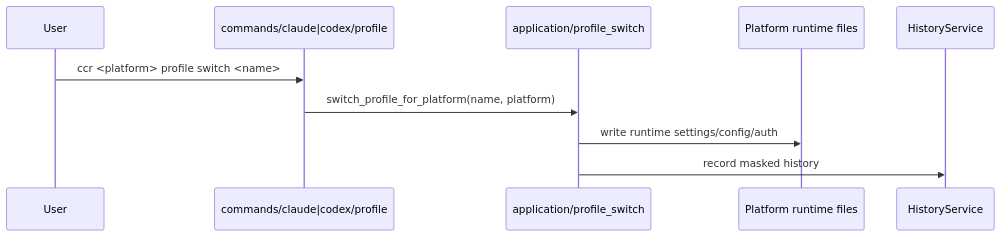
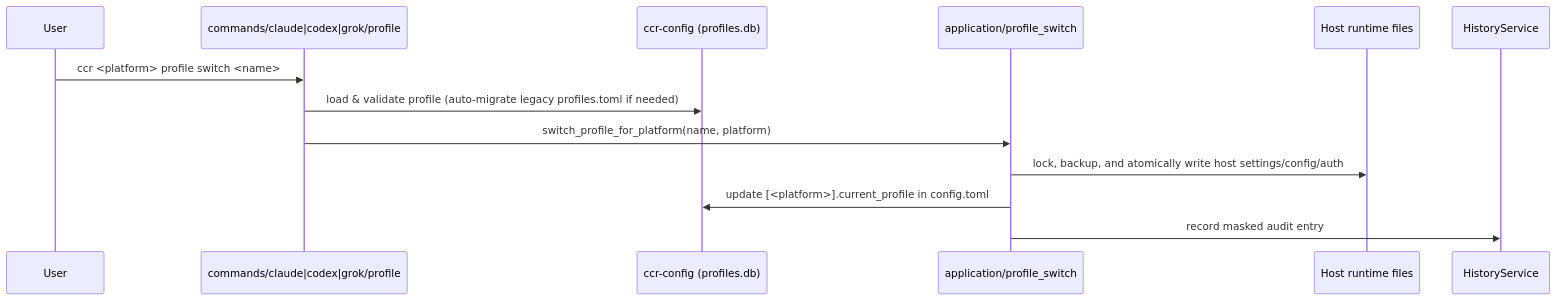
One commit to bahayonghang/ccr changed the diagram in docs/en/reference/internals/runtime-flows.md. Above: the diagram before and after it, drawn with Mermaid. The commit also changed other lines of this file and 144 other files, not shown here.

````diff
--- a/docs/en/reference/internals/runtime-flows.md
+++ b/docs/en/reference/internals/runtime-flows.md
@@ -13,13 +13,16 @@
 ```mermaid
 sequenceDiagram
   participant User
-  participant Cmd as commands/claude|codex/profile
+  participant Cmd as commands/claude|codex|grok/profile
+  participant Catalog as ccr-config (profiles.db)
   participant Switch as application/profile_switch
-  participant Runtime as Platform runtime files
+  participant Runtime as Host runtime files
   participant History as HistoryService
 
   User->>Cmd: ccr <platform> profile switch <name>
+  Cmd->>Catalog: load & validate profile (auto-migrate legacy profiles.toml if needed)
   Cmd->>Switch: switch_profile_for_platform(name, platform)
-  Switch->>Runtime: write runtime settings/config/auth
-  Switch->>History: record masked history
+  Switch->>Runtime: lock, backup, and atomically write host settings/config/auth
+  Switch->>Catalog: update [<platform>].current_profile in config.toml
+  Switch->>History: record masked audit entry
 ```
````
